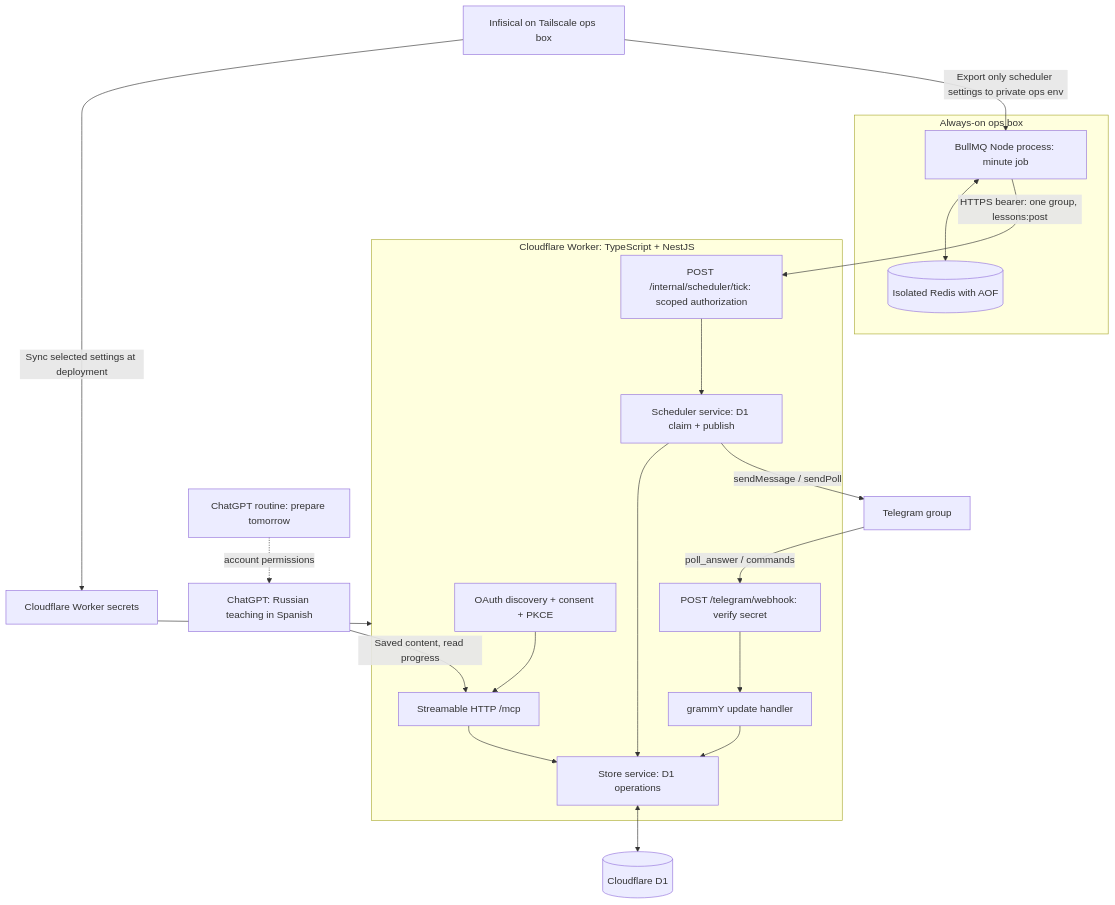
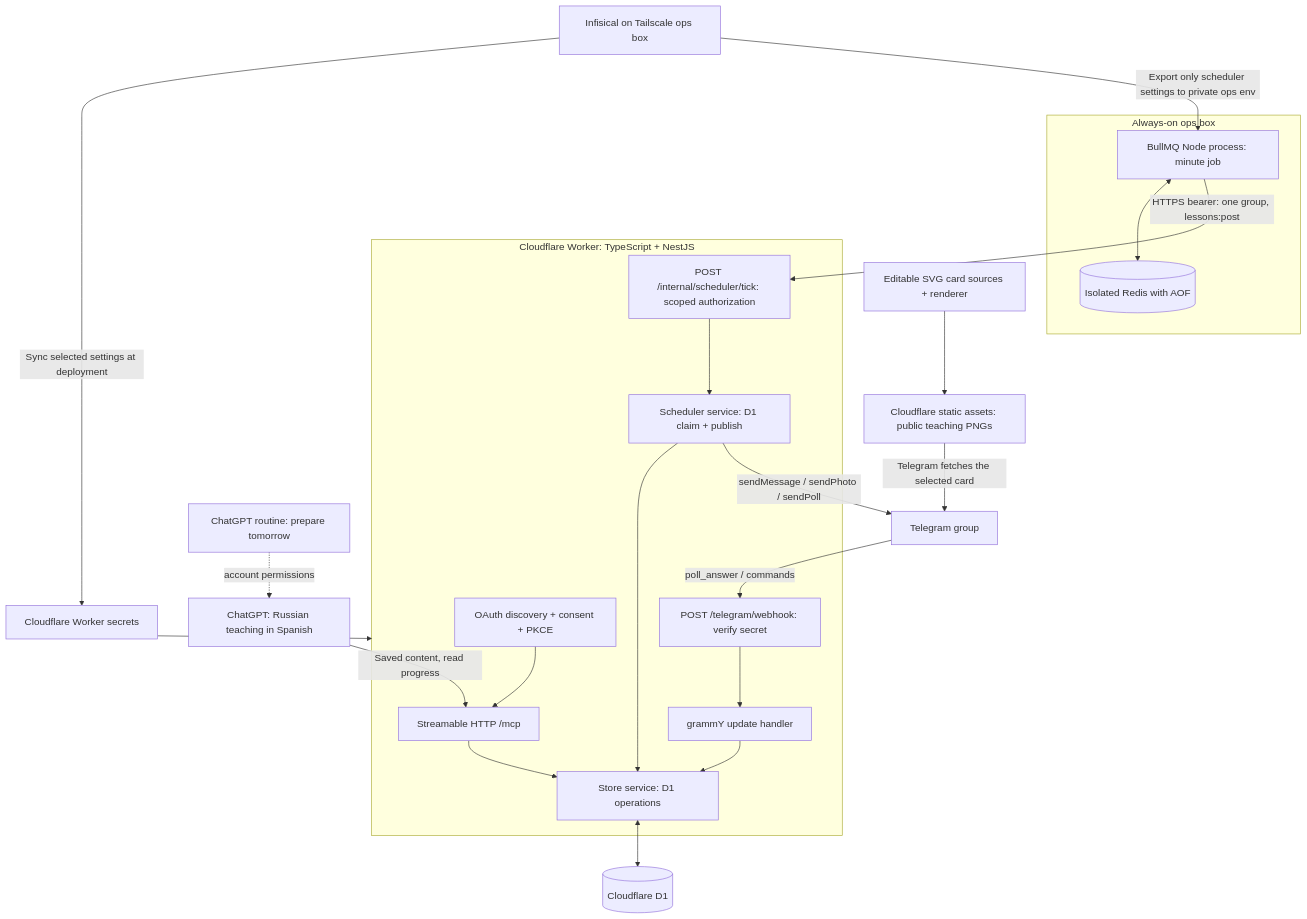
One commit to ArkadiiZon/telegram-russian-teacher changed the first of 3 diagrams in docs/architecture.md. Above: the diagram before and after it, drawn with Mermaid. The commit also changed other lines of this file and 83 other files, not shown here.

````diff
--- a/docs/architecture.md
+++ b/docs/architecture.md
@@ -3,23 +3,25 @@
 ```mermaid
 flowchart TD
   ChatGPT[ChatGPT: Russian teaching in Spanish] -->|Saved content, read progress| MCP
   Tasks[ChatGPT routine: prepare tomorrow] -. account permissions .-> ChatGPT
   subgraph Worker[Cloudflare Worker: TypeScript + NestJS]
     OAuth[OAuth discovery + consent + PKCE] --> MCP[Streamable HTTP /mcp]
     MCP --> Store[Store service: D1 operations]
     Tick[POST /internal/scheduler/tick: scoped authorization] --> Scheduler[Scheduler service: D1 claim + publish]
     Scheduler --> Store
     Hook[POST /telegram/webhook: verify secret] --> TelegramService[grammY update handler]
     TelegramService --> Store
   end
   subgraph OpsHost[Always-on ops box]
     Bull[BullMQ Node process: minute job] <--> Redis[(Isolated Redis with AOF)]
   end
   Bull -->|HTTPS bearer: one group, lessons:post| Tick
   Store <--> D1[(Cloudflare D1)]
-  Scheduler -->|sendMessage / sendPoll| Telegram[Telegram group]
+  Scheduler -->|sendMessage / sendPhoto / sendPoll| Telegram[Telegram group]
+  Assets[Cloudflare static assets: public teaching PNGs] -->|Telegram fetches the selected card| Telegram
+  Cards[Editable SVG card sources + renderer] --> Assets
   Telegram -->|poll_answer / commands| Hook
   Ops[Infisical on Tailscale ops box] -->|Sync selected settings at deployment| Secrets[Cloudflare Worker secrets]
   Secrets --> Worker
   Ops -->|Export only scheduler settings to private ops env| Bull
 ```
````
